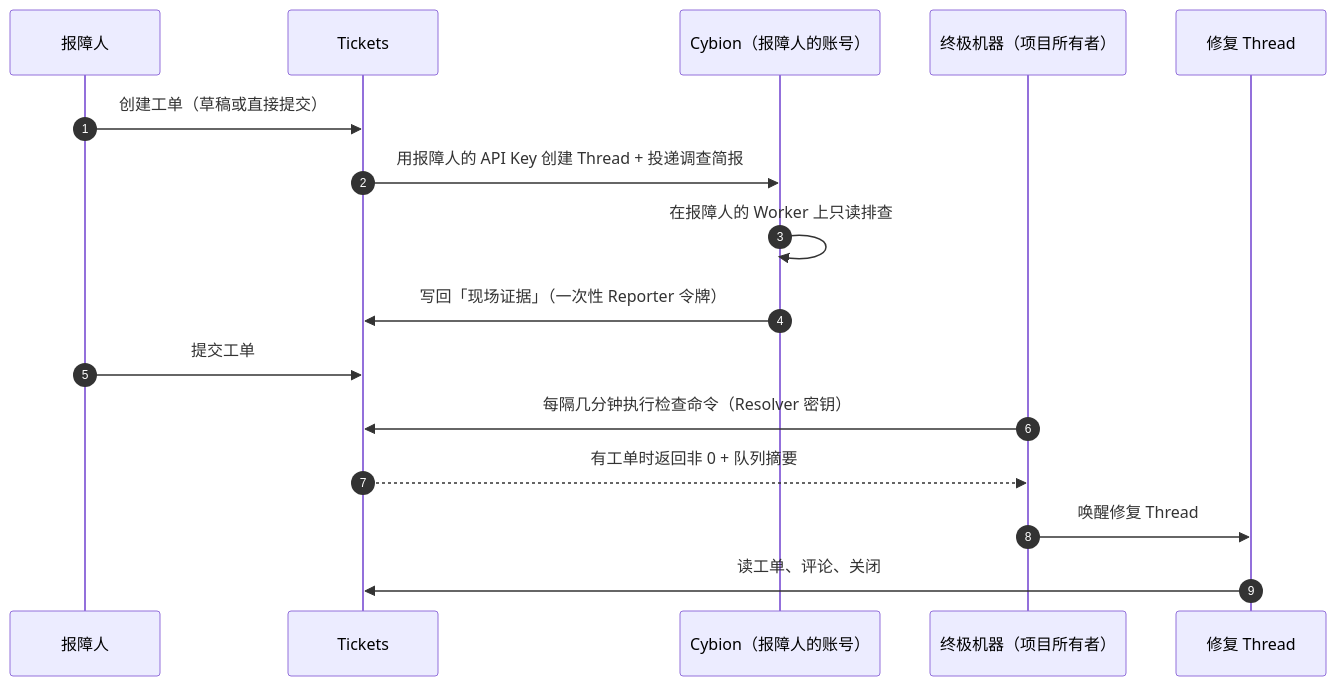
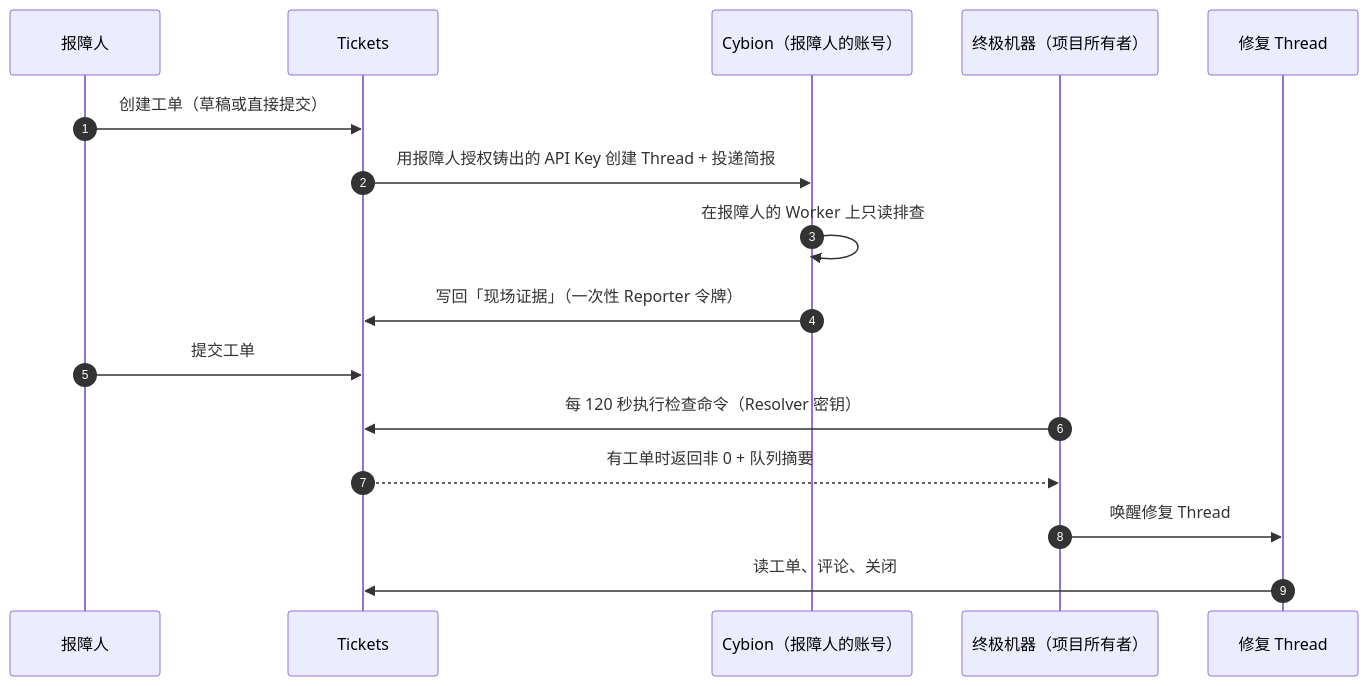
The first of 2 diagrams in README.md (zccz14/tickets), drawn with Mermaid before and after one commit. The commit also changed other lines of this file and 21 other files, not shown here.

````diff
--- a/README.md
+++ b/README.md
@@ -13,19 +13,19 @@
 ```mermaid
 sequenceDiagram
     autonumber
     participant R as 报障人
     participant T as Tickets
     participant C as Cybion（报障人的账号）
     participant M as 终极机器（项目所有者）
     participant X as 修复 Thread
 
     R->>T: 创建工单（草稿或直接提交）
-    T->>C: 用报障人的 API Key 创建 Thread + 投递调查简报
+    T->>C: 用报障人授权铸出的 API Key 创建 Thread + 投递简报
     C->>C: 在报障人的 Worker 上只读排查
     C->>T: 写回「现场证据」（一次性 Reporter 令牌）
     R->>T: 提交工单
-    M->>T: 每隔几分钟执行检查命令（Resolver 密钥）
+    M->>T: 每 120 秒执行检查命令（Resolver 密钥）
     T-->>M: 有工单时返回非 0 + 队列摘要
     M->>X: 唤醒修复 Thread
     X->>T: 读工单、评论、关闭
 ```
````
